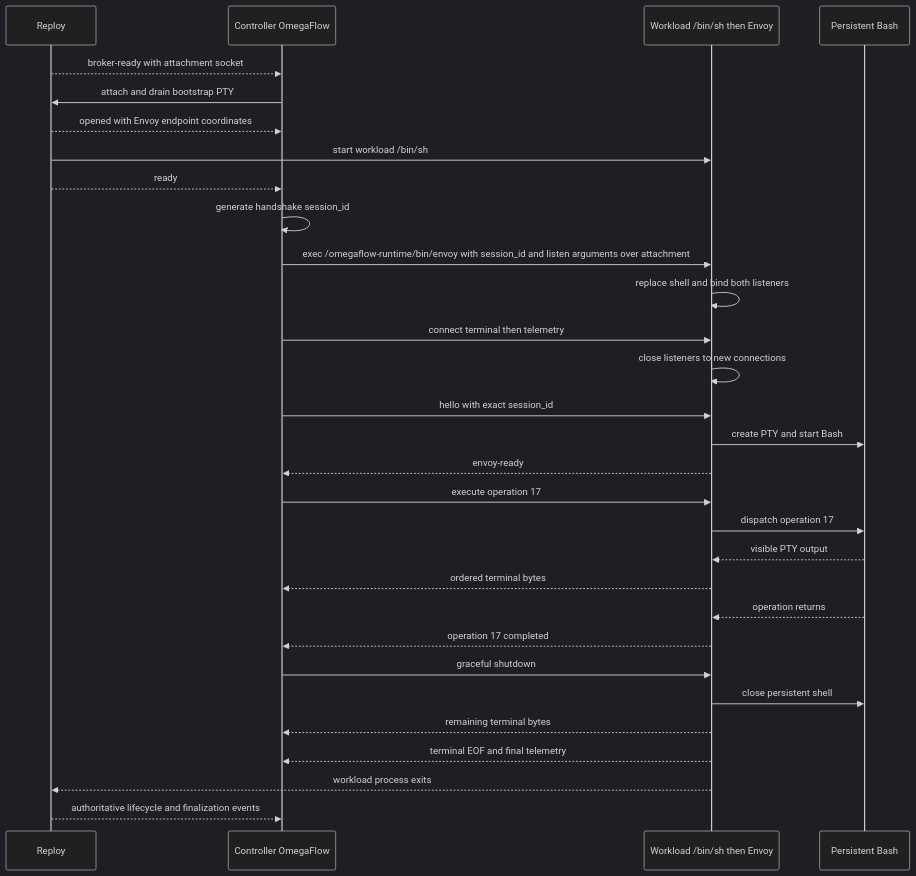
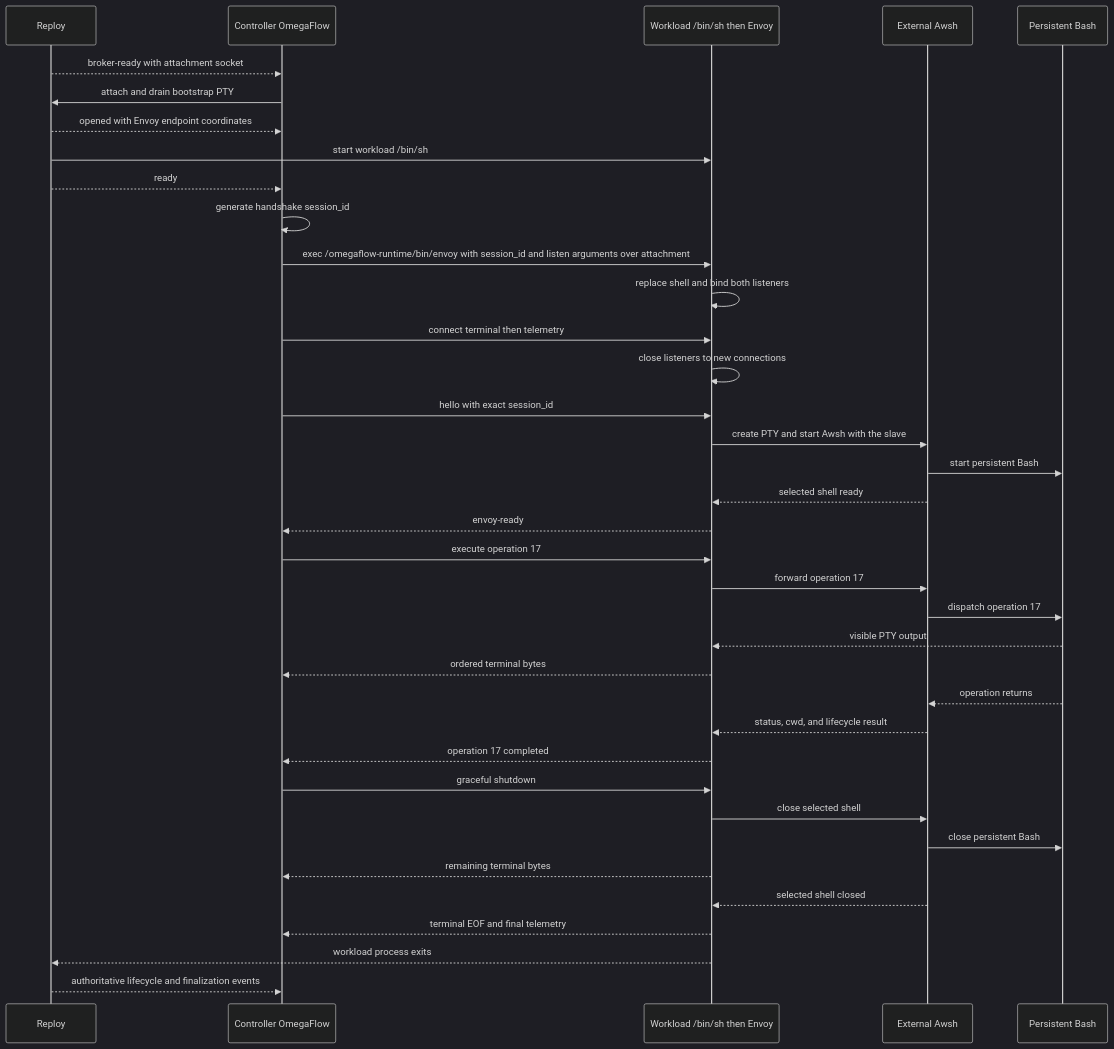
Before and after one commit to omry/omegaflow: the second of 2 diagrams in docs/design/omegaflow-envoy-design.md, drawn with Mermaid (dark theme). The commit also changed other lines of this file and 1 other file, not shown here.

First line of the commit message:
Define external Awsh supervisor architecture

````diff
--- a/docs/design/omegaflow-envoy-design.md
+++ b/docs/design/omegaflow-envoy-design.md
@@ -602,35 +593,42 @@
 ```mermaid
 sequenceDiagram
     participant R as Reploy
     participant C as Controller OmegaFlow
     participant W as Workload /bin/sh then Envoy
+    participant A as External Awsh
     participant B as Persistent Bash
 
     R-->>C: broker-ready with attachment socket
     C->>R: attach and drain bootstrap PTY
     R-->>C: opened with Envoy endpoint coordinates
     R->>W: start workload /bin/sh
     R-->>C: ready
     C->>C: generate handshake session_id
     C->>W: exec /omegaflow-runtime/bin/envoy with session_id and listen arguments over attachment
     W->>W: replace shell and bind both listeners
     C->>W: connect terminal then telemetry
     W->>W: close listeners to new connections
     C->>W: hello with exact session_id
-    W->>B: create PTY and start Bash
+    W->>A: create PTY and start Awsh with the slave
+    A->>B: start persistent Bash
+    A-->>W: selected shell ready
     W-->>C: envoy-ready
 
     C->>W: execute operation 17
-    W->>B: dispatch operation 17
+    W->>A: forward operation 17
+    A->>B: dispatch operation 17
     B-->>W: visible PTY output
     W-->>C: ordered terminal bytes
-    B-->>W: operation returns
+    B-->>A: operation returns
+    A-->>W: status, cwd, and lifecycle result
     W-->>C: operation 17 completed
 
     C->>W: graceful shutdown
-    W->>B: close persistent shell
+    W->>A: close selected shell
+    A->>B: close persistent Bash
     W-->>C: remaining terminal bytes
+    A-->>W: selected shell closed
     W-->>C: terminal EOF and final telemetry
     W-->>R: workload process exits
     R-->>C: authoritative lifecycle and finalization events
 ```
````
